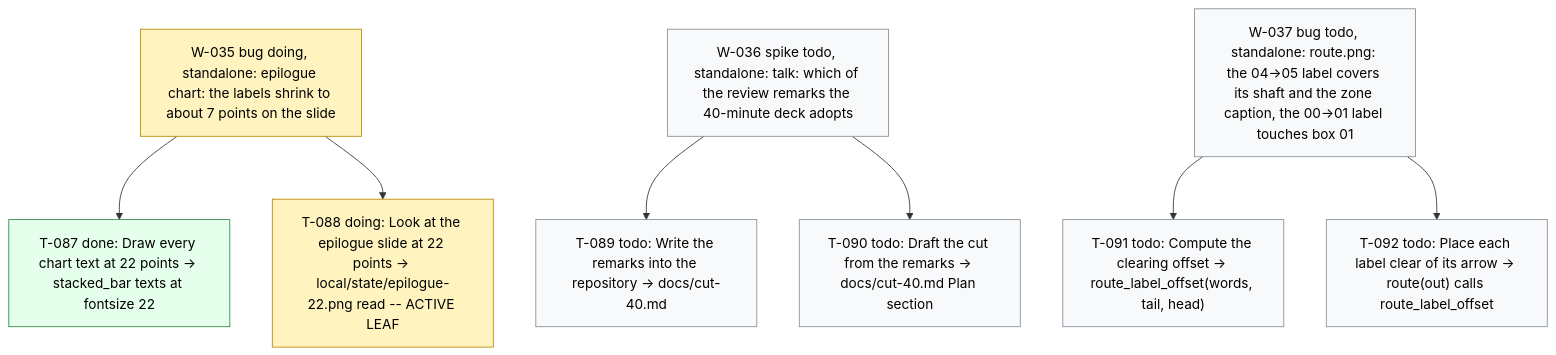
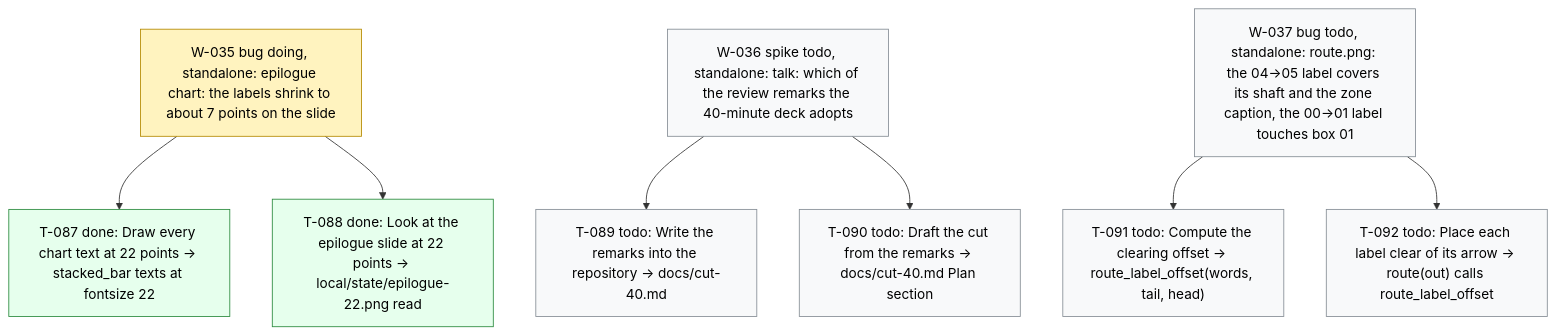
One commit to dpopchev/chaos-to-simple changed the diagram in .board/BOARD.md. Above: the diagram before and after it, drawn with Mermaid. The commit also changed other lines of this file and 1 other file, not shown here.

Commit message:
chore(board): close T-088 -- W-035 ready to land
Refs: W-035 T-088

````diff
--- a/.board/BOARD.md
+++ b/.board/BOARD.md
@@ -236,20 +236,20 @@
 ```mermaid
 flowchart TD
   W035["W-035 bug doing, standalone: epilogue chart: the labels shrink to about 7 points on the slide"]
   W035 --> T087["T-087 done: Draw every chart text at 22 points -> stacked_bar texts at fontsize 22"]
-  W035 --> T088["T-088 doing: Look at the epilogue slide at 22 points -> local/state/epilogue-22.png read -- ACTIVE LEAF"]
+  W035 --> T088["T-088 done: Look at the epilogue slide at 22 points -> local/state/epilogue-22.png read"]
   W036["W-036 spike todo, standalone: talk: which of the review remarks the 40-minute deck adopts"]
   W036 --> T089["T-089 todo: Write the remarks into the repository -> docs/cut-40.md"]
   W036 --> T090["T-090 todo: Draft the cut from the remarks -> docs/cut-40.md Plan section"]
   W037["W-037 bug todo, standalone: route.png: the 04->05 label covers its shaft and the zone caption, the 00->01 label touches box 01"]
   W037 --> T091["T-091 todo: Compute the clearing offset -> route_label_offset(words, tail, head)"]
   W037 --> T092["T-092 todo: Place each label clear of its arrow -> route(out) calls route_label_offset"]
   classDef doing fill:#fff3bf,stroke:#b58900,color:#000;
   classDef blocked fill:#ffe3e3,stroke:#c92a2a,color:#000;
   classDef done fill:#e6ffed,stroke:#2b8a3e,color:#000;
   classDef todo fill:#f8f9fa,stroke:#868e96,color:#000;
   classDef pruned fill:#f1f3f5,stroke:#adb5bd,color:#000;
-  class W035,T088 doing
-  class T087 done
+  class W035 doing
+  class T087,T088 done
   class W036,T089,T090,W037,T091,T092 todo
 ```
````
